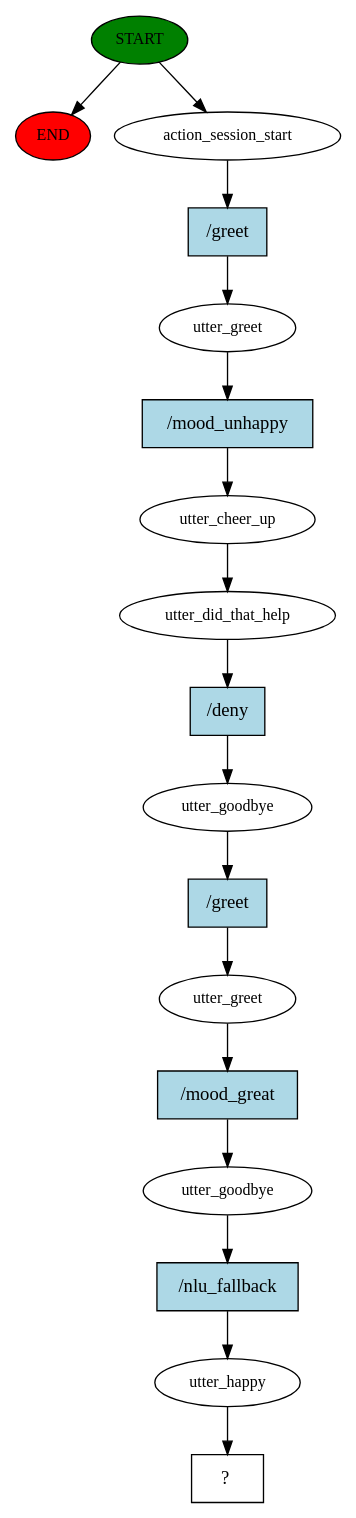
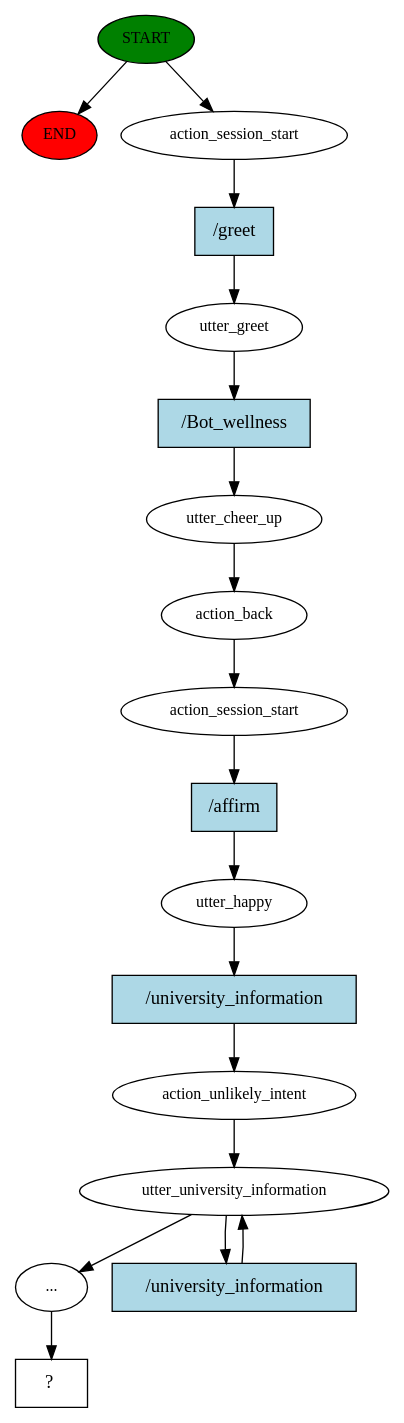
One commit to rajasekhar02/bot.chat.mst changed the diagram in story_graph.dot. Above: the diagram before and after it, drawn with Graphviz. The commit also changed 6 other files, not shown here.

```diff
--- a/story_graph.dot
+++ b/story_graph.dot
@@ -1,35 +1,36 @@
 digraph  {
 0 [class="start active", fillcolor=green, fontsize=12, label=START, style=filled];
 "-1" [class=end, fillcolor=red, fontsize=12, label=END, style=filled];
 1 [class=active, fontsize=12, label=action_session_start];
 2 [class=active, fontsize=12, label=utter_greet];
 3 [class=active, fontsize=12, label=utter_cheer_up];
-4 [class=active, fontsize=12, label=utter_did_that_help];
-5 [class=active, fontsize=12, label=utter_goodbye];
-6 [class=active, fontsize=12, label=utter_greet];
-7 [class=active, fontsize=12, label=utter_goodbye];
-8 [class=active, fontsize=12, label=utter_happy];
-9 [class="intent dashed active", label="  ?  ", shape=rect];
-10 [class="intent active", fillcolor=lightblue, label="/greet", shape=rect, style=filled];
-11 [class="intent active", fillcolor=lightblue, label="/mood_unhappy", shape=rect, style=filled];
-12 [class="intent active", fillcolor=lightblue, label="/deny", shape=rect, style=filled];
-13 [class="intent active", fillcolor=lightblue, label="/greet", shape=rect, style=filled];
-14 [class="intent active", fillcolor=lightblue, label="/mood_great", shape=rect, style=filled];
-15 [class="intent active", fillcolor=lightblue, label="/nlu_fallback", shape=rect, style=filled];
+4 [class=active, fontsize=12, label=action_back];
+5 [class=active, fontsize=12, label=action_session_start];
+6 [class=active, fontsize=12, label=utter_happy];
+7 [class=active, fontsize=12, label=action_unlikely_intent];
+8 [class=active, fontsize=12, label=utter_university_information];
+10 [class=active, fontsize=12, label="..."];
+11 [class="intent dashed active", label="  ?  ", shape=rect];
+12 [class="intent active", fillcolor=lightblue, label="/greet", shape=rect, style=filled];
+13 [class="intent active", fillcolor=lightblue, label="/Bot_wellness", shape=rect, style=filled];
+14 [class="intent active", fillcolor=lightblue, label="/affirm", shape=rect, style=filled];
+15 [class="intent active", fillcolor=lightblue, label="/university_information", shape=rect, style=filled];
+16 [class="intent active", fillcolor=lightblue, label="/university_information", shape=rect, style=filled];
 0 -> "-1"  [class="", key=NONE, label=""];
 0 -> 1  [class=active, key=NONE, label=""];
-1 -> 10  [class=active, key=0];
-2 -> 11  [class=active, key=0];
+1 -> 12  [class=active, key=0];
+2 -> 13  [class=active, key=0];
 3 -> 4  [class=active, key=NONE, label=""];
-4 -> 12  [class=active, key=0];
-5 -> 13  [class=active, key=0];
-6 -> 14  [class=active, key=0];
-7 -> 15  [class=active, key=0];
-8 -> 9  [class=active, key=NONE, label=""];
-10 -> 2  [class=active, key=0];
-11 -> 3  [class=active, key=0];
-12 -> 5  [class=active, key=0];
-13 -> 6  [class=active, key=0];
-14 -> 7  [class=active, key=0];
-15 -> 8  [class=active, key=0];
+4 -> 5  [class=active, key=NONE, label=""];
+5 -> 14  [class=active, key=0];
+6 -> 15  [class=active, key=0];
+7 -> 8  [class=active, key=NONE, label=""];
+8 -> 10  [class=active, key=NONE, label=""];
+8 -> 16  [class=active, key=0];
+10 -> 11  [class=active, key=NONE, label=""];
+12 -> 2  [class=active, key=0];
+13 -> 3  [class=active, key=0];
+14 -> 6  [class=active, key=0];
+15 -> 7  [class=active, key=0];
+16 -> 8  [class=active, key=0];
 }
```
